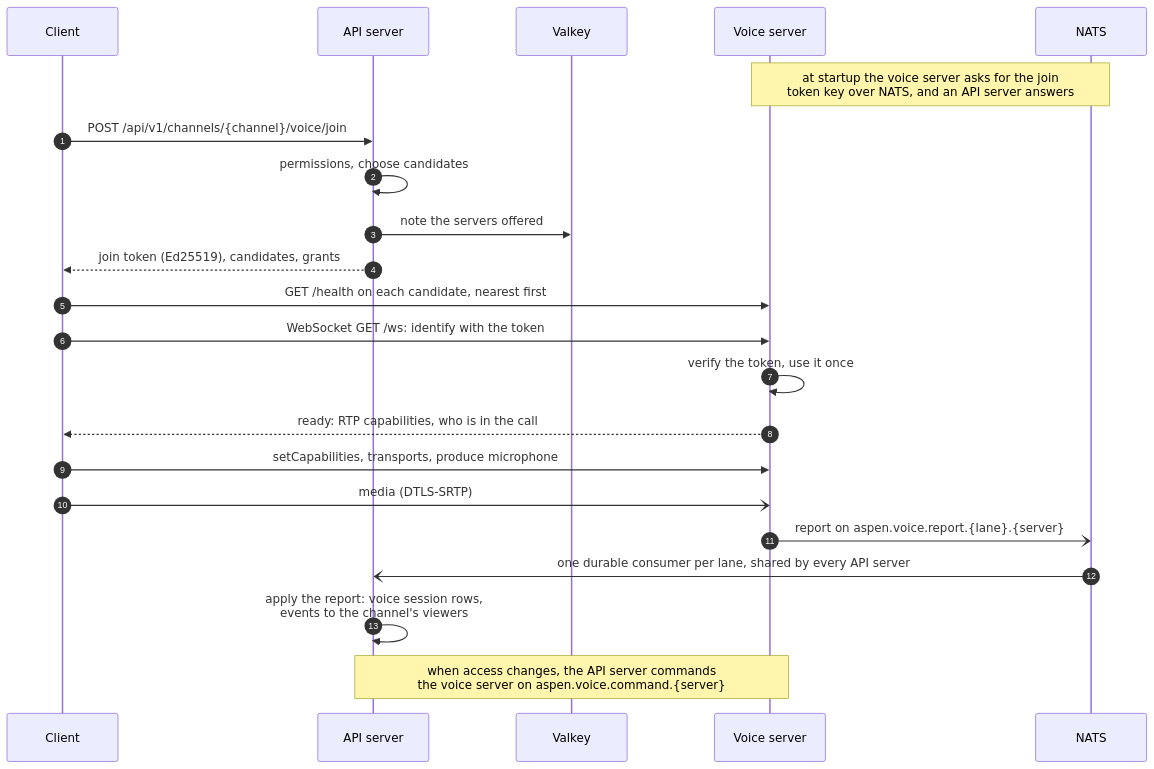
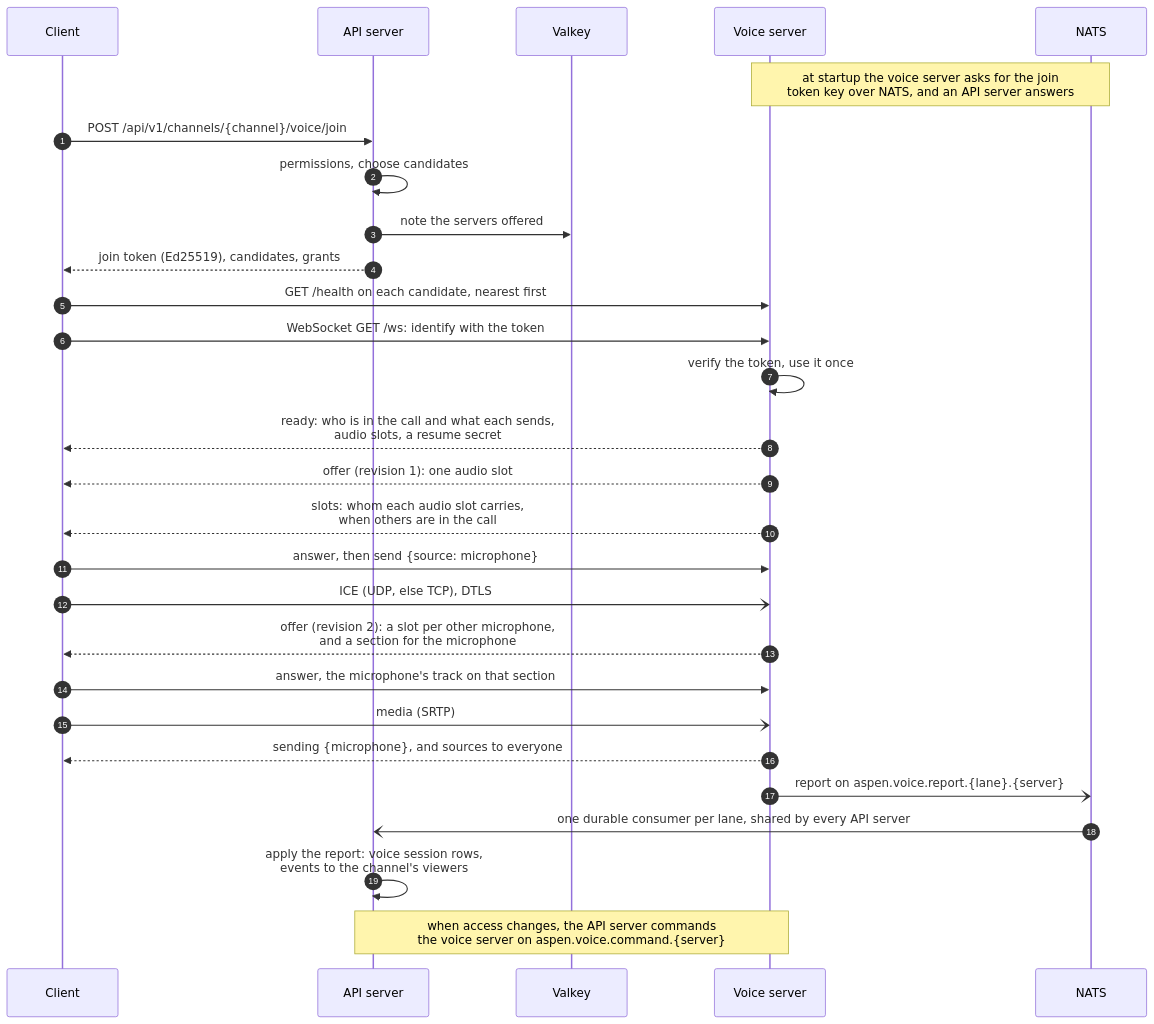
Before and after one commit to aspen-chat/aspen-chat-server: the second of 3 diagrams in docs/diagrams/flows.md, drawn with Mermaid. The commit also changed other lines of this file and 51 other files, not shown here.

````diff
--- a/docs/diagrams/flows.md
+++ b/docs/diagrams/flows.md
@@ -47,25 +47,31 @@
 ```mermaid
 sequenceDiagram
     autonumber
     participant C as Client
     participant A as API server
     participant K as Valkey
     participant V as Voice server
     participant N as NATS
 
     Note over V,N: at startup the voice server asks for the join<br/>token key over NATS, and an API server answers
     C->>A: POST /api/v1/channels/{channel}/voice/join
     A->>A: permissions, choose candidates
     A->>K: note the servers offered
     A-->>C: join token (Ed25519), candidates, grants
     C->>V: GET /health on each candidate, nearest first
     C->>V: WebSocket GET /ws: identify with the token
     V->>V: verify the token, use it once
-    V-->>C: ready: RTP capabilities, who is in the call
-    C->>V: setCapabilities, transports, produce microphone
-    C-)V: media (DTLS-SRTP)
+    V-->>C: ready: who is in the call and what each sends,<br/>audio slots, a resume secret
+    V-->>C: offer (revision 1): one audio slot
+    V-->>C: slots: whom each audio slot carries,<br/>when others are in the call
+    C->>V: answer, then send {source: microphone}
+    C-)V: ICE (UDP, else TCP), DTLS
+    V-->>C: offer (revision 2): a slot per other microphone,<br/>and a section for the microphone
+    C->>V: answer, the microphone's track on that section
+    C-)V: media (SRTP)
+    V-->>C: sending {microphone}, and sources to everyone
     V-)N: report on aspen.voice.report.{lane}.{server}
     N-)A: one durable consumer per lane, shared by every API server
     A->>A: apply the report: voice session rows,<br/>events to the channel's viewers
     Note over A,V: when access changes, the API server commands<br/>the voice server on aspen.voice.command.{server}
 ```
````
